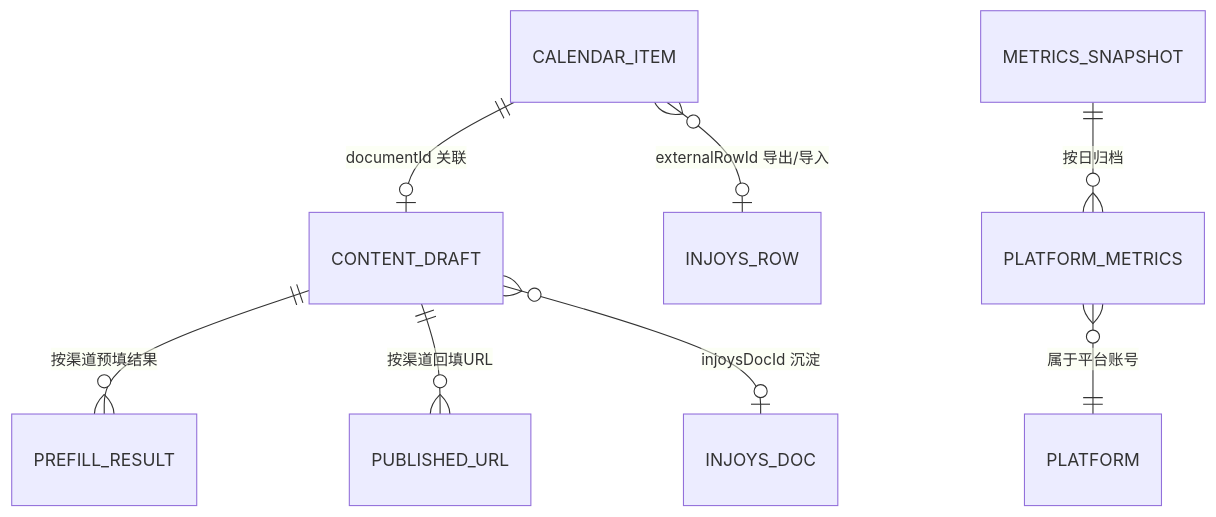
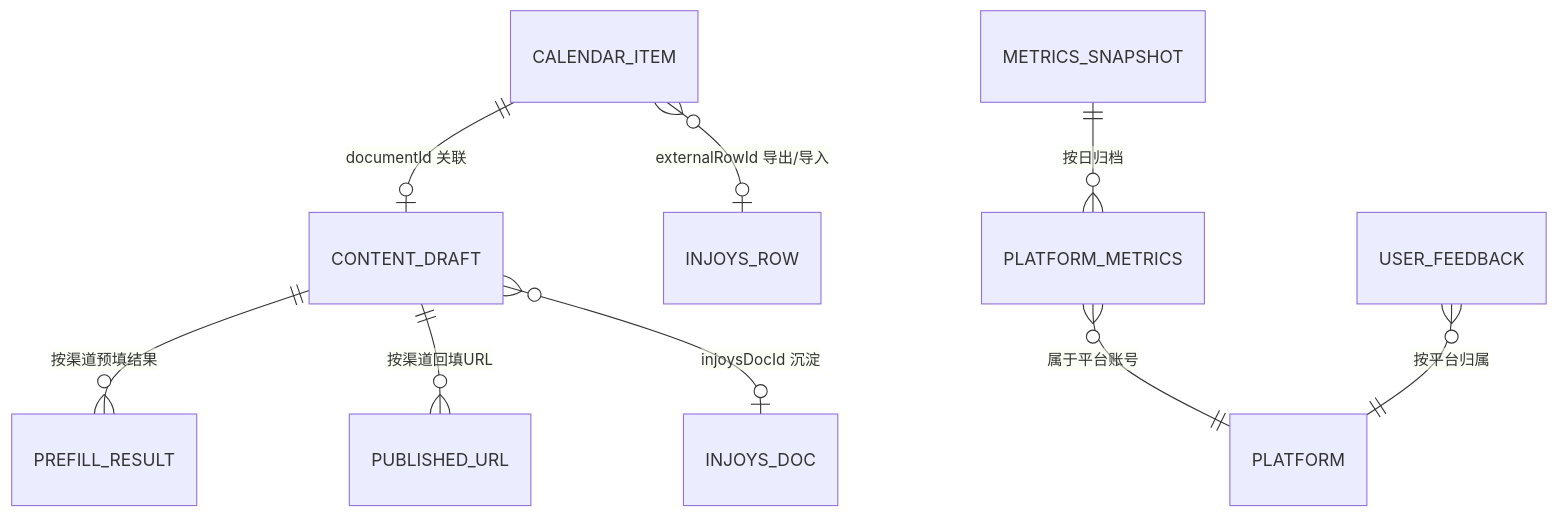
One commit to InJoysAI/dsh-growth-studio changed the first of 2 diagrams in .context/architecture/data_architecture.md. Above: the diagram before and after it, drawn with Mermaid. The commit also changed other lines of this file and 22 other files, not shown here.

Commit message:
feat: add ADR 009 for BrowserOS capability management and update context architecture docs

````diff
--- a/.context/architecture/data_architecture.md
+++ b/.context/architecture/data_architecture.md
@@ -20,10 +20,11 @@
 ```mermaid
 erDiagram
     CALENDAR_ITEM ||--o| CONTENT_DRAFT : "documentId 关联"
     CONTENT_DRAFT ||--o{ PREFILL_RESULT : "按渠道预填结果"
     CONTENT_DRAFT ||--o{ PUBLISHED_URL : "按渠道回填URL"
     CONTENT_DRAFT }o--o| INJOYS_DOC : "injoysDocId 沉淀"
     CALENDAR_ITEM }o--o| INJOYS_ROW : "externalRowId 导出/导入"
     PLATFORM_METRICS }o--|| PLATFORM : "属于平台账号"
     METRICS_SNAPSHOT ||--o{ PLATFORM_METRICS : "按日归档"
+    USER_FEEDBACK }o--|| PLATFORM : "按平台归属"
 ```
````
